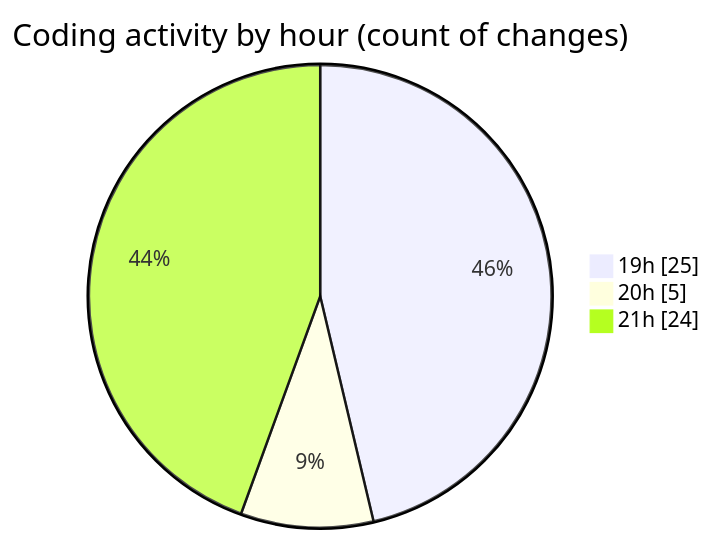
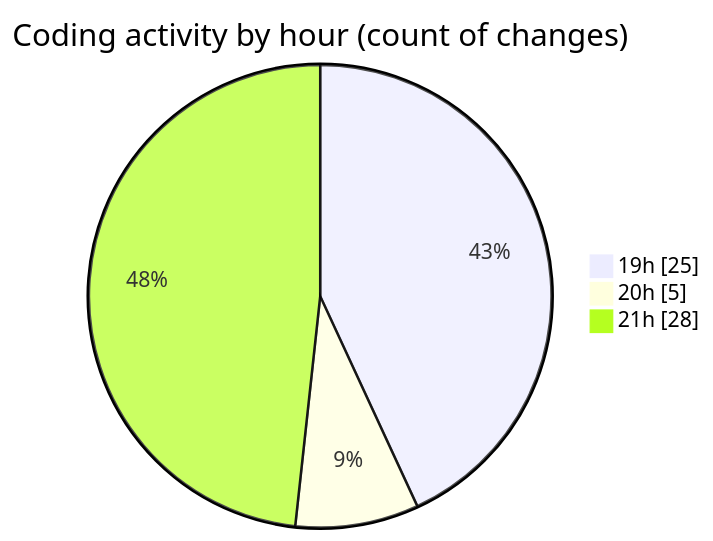
One commit to momahboobian/code-tracking changed the second of 2 diagrams in 2025-02-28/cda/README.md. Above: the diagram before and after it, drawn with Mermaid. The commit also changed other lines of this file and 1 other file, not shown here.

````diff
--- a/2025-02-28/cda/README.md
+++ b/2025-02-28/cda/README.md
@@ -34,7 +34,7 @@
 ```mermaid
 pie showData
 title Coding activity by hour (count of changes)
 "19h" : 25
 "20h" : 5
-"21h" : 24
+"21h" : 28
 ```
````
